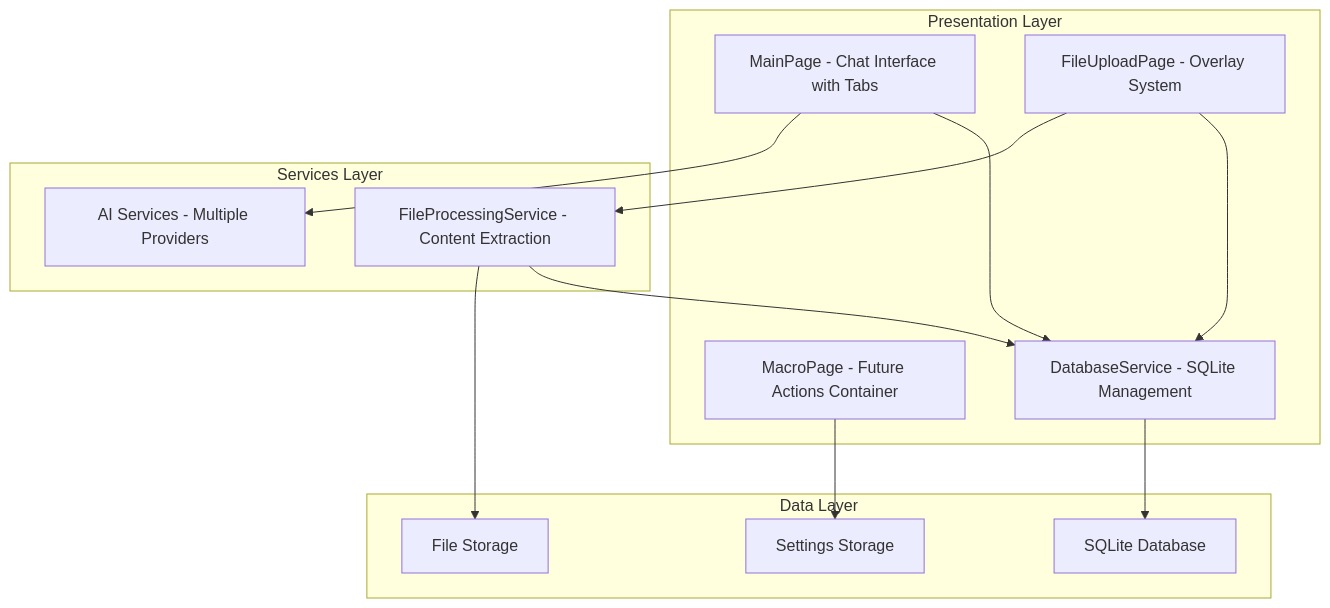
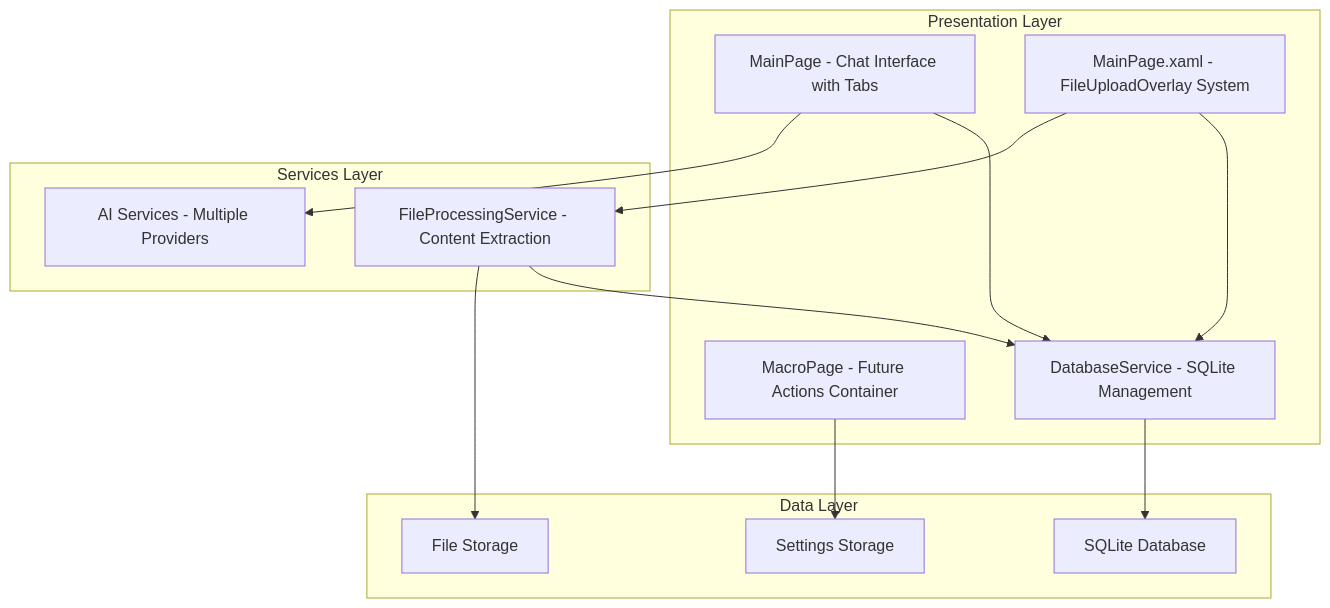
Before and after one commit to carvals/cai: the first of 15 diagrams in spec.md, drawn with Mermaid. The commit also changed other lines of this file and 13 other files, not shown here.

````diff
--- a/spec.md
+++ b/spec.md
@@ -108,30 +108,30 @@
 ```mermaid
 graph TB
     subgraph "Presentation Layer"
         A[MainPage - Chat Interface with Tabs]
-        B[FileUploadPage - Overlay System]
+        B[MainPage.xaml - FileUploadOverlay System]
         C[MacroPage - Future Actions Container]
         D[Global AI Settings Navigation]
     end
     
     subgraph "Services Layer"
         D[DatabaseService - SQLite Management]
         E[FileProcessingService - Content Extraction]
         F[AI Services - Multiple Providers]
     end
     
     subgraph "Data Layer"
         G[SQLite Database]
         H[File Storage]
         I[Settings Storage]
     end
     
     A --> D
     B --> D
     B --> E
     A --> F
     E --> D
     D --> G
     E --> H
     C --> I
 ```
````
